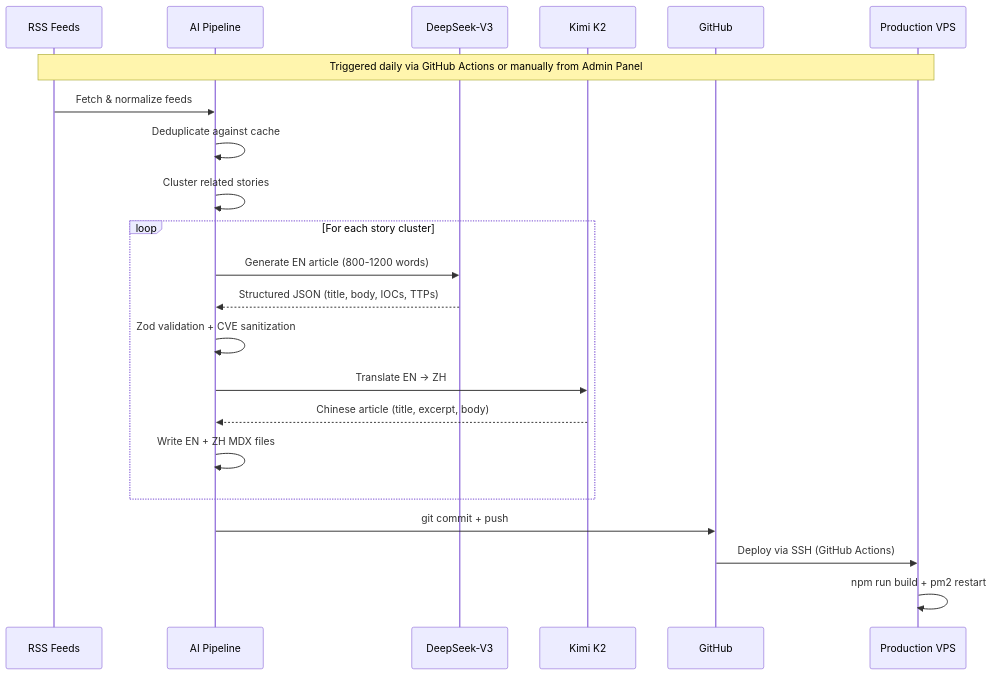
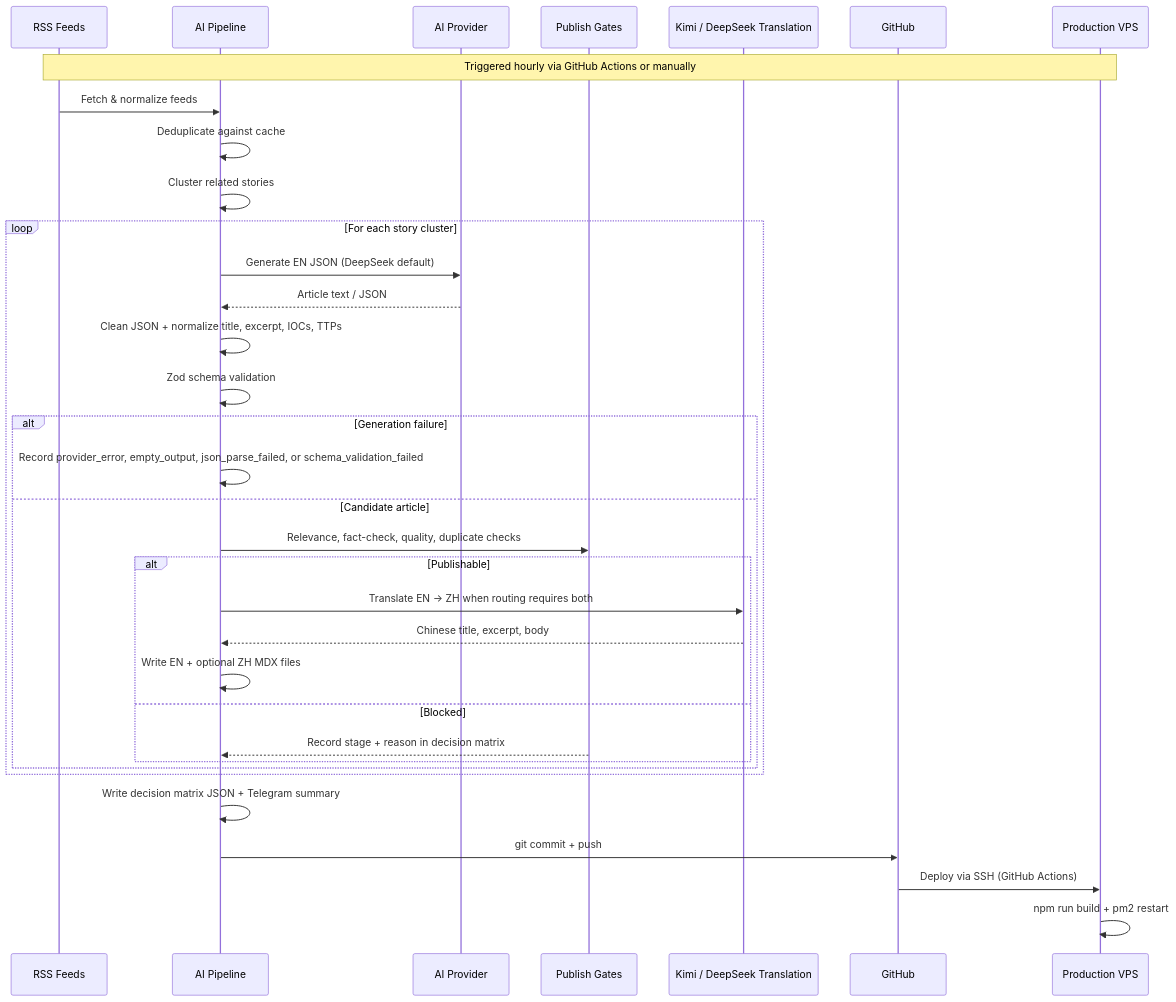
One commit to jamesKhor/Zcybernews changed the second of 3 diagrams in README.md. Above: the diagram before and after it, drawn with Mermaid. The commit also changed other lines of this file and 7 other files, not shown here.

Commit message:
fix: recover pipeline generation parser failures

````diff
--- a/README.md
+++ b/README.md
@@ -88,28 +90,40 @@
 ```mermaid
 sequenceDiagram
     participant RSS as RSS Feeds
     participant Pipeline as AI Pipeline
-    participant DeepSeek as DeepSeek-V3
-    participant Kimi as Kimi K2
+    participant Provider as AI Provider
+    participant Gates as Publish Gates
+    participant Kimi as Kimi / DeepSeek Translation
     participant Git as GitHub
     participant VPS as Production VPS
 
-    Note over RSS,VPS: Triggered daily via GitHub Actions or manually from Admin Panel
+    Note over RSS,VPS: Triggered hourly via GitHub Actions or manually
 
     RSS->>Pipeline: Fetch & normalize feeds
     Pipeline->>Pipeline: Deduplicate against cache
     Pipeline->>Pipeline: Cluster related stories
 
     loop For each story cluster
-        Pipeline->>DeepSeek: Generate EN article (800-1200 words)
-        DeepSeek-->>Pipeline: Structured JSON (title, body, IOCs, TTPs)
-        Pipeline->>Pipeline: Zod validation + CVE sanitization
-        Pipeline->>Kimi: Translate EN → ZH
-        Kimi-->>Pipeline: Chinese article (title, excerpt, body)
-        Pipeline->>Pipeline: Write EN + ZH MDX files
+        Pipeline->>Provider: Generate EN JSON (DeepSeek default)
+        Provider-->>Pipeline: Article text / JSON
+        Pipeline->>Pipeline: Clean JSON + normalize title, excerpt, IOCs, TTPs
+        Pipeline->>Pipeline: Zod schema validation
+        alt Generation failure
+            Pipeline->>Pipeline: Record provider_error, empty_output, json_parse_failed, or schema_validation_failed
+        else Candidate article
+            Pipeline->>Gates: Relevance, fact-check, quality, duplicate checks
+            alt Publishable
+                Pipeline->>Kimi: Translate EN → ZH when routing requires both
+                Kimi-->>Pipeline: Chinese title, excerpt, body
+                Pipeline->>Pipeline: Write EN + optional ZH MDX files
+            else Blocked
+                Gates-->>Pipeline: Record stage + reason in decision matrix
+            end
+        end
     end
 
+    Pipeline->>Pipeline: Write decision matrix JSON + Telegram summary
     Pipeline->>Git: git commit + push
     Git->>VPS: Deploy via SSH (GitHub Actions)
     VPS->>VPS: npm run build + pm2 restart
 ```
````
